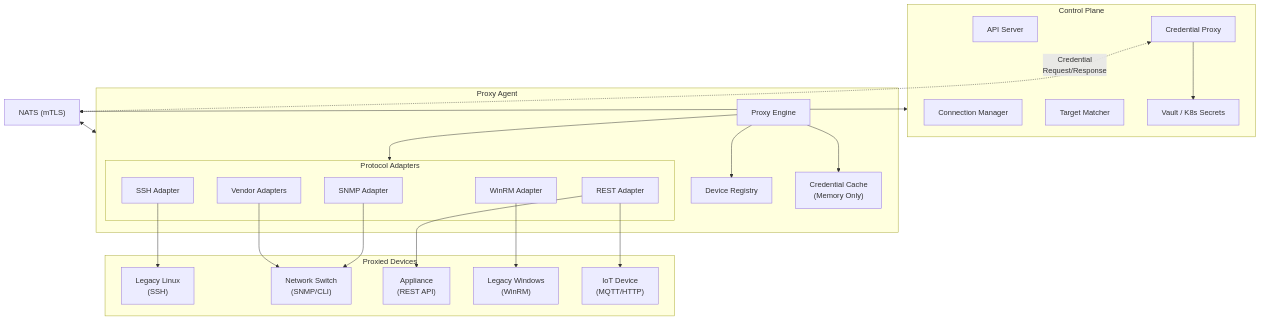
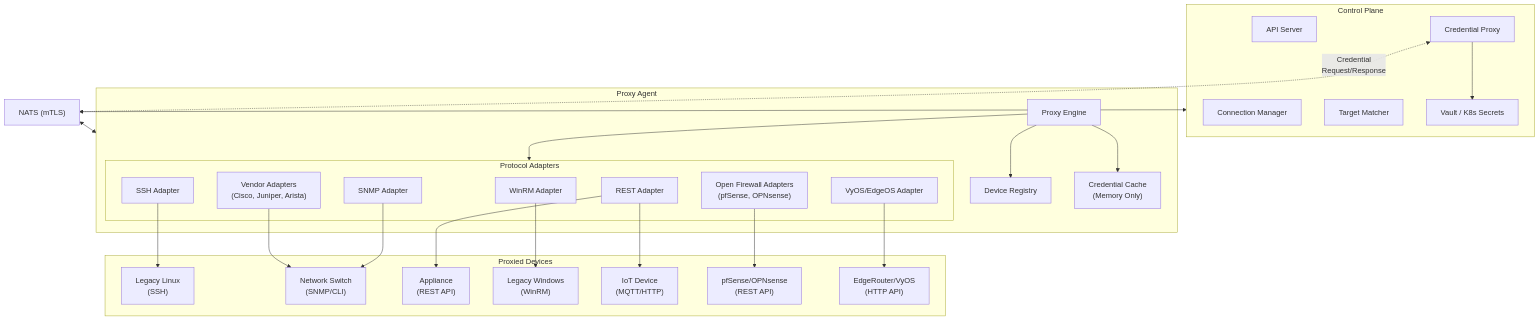
Before and after one commit to Spicer-Creek-Solutions-LLC/keystone-core: the first of 2 diagrams in epics/21-proxy-agents.md, drawn with Mermaid. The commit also changed other lines of this file, not shown here.

Commit message:
Add Ubiquiti/VyOS and pfSense/OPNsense adapters to Epic 21

````diff
--- a/epics/21-proxy-agents.md
+++ b/epics/21-proxy-agents.md
@@ -28,51 +30,57 @@
 ```mermaid
 flowchart TD
     subgraph CP["Control Plane"]
         API["API Server"]
         CM["Connection Manager"]
         TM["Target Matcher"]
         CProxy["Credential Proxy"]
         Vault["Vault / K8s Secrets"]
 
         CProxy --> Vault
     end
 
     subgraph PA["Proxy Agent"]
         PE["Proxy Engine"]
         DR["Device Registry"]
         CC["Credential Cache<br/>(Memory Only)"]
 
         subgraph Adapters["Protocol Adapters"]
             SSH["SSH Adapter"]
             SNMP["SNMP Adapter"]
             REST["REST Adapter"]
             WinRM["WinRM Adapter"]
-            Vendor["Vendor Adapters"]
+            Vendor["Vendor Adapters<br/>(Cisco, Juniper, Arista)"]
+            OpenFW["Open Firewall Adapters<br/>(pfSense, OPNsense)"]
+            VyOS["VyOS/EdgeOS Adapter"]
         end
 
         PE --> DR
         PE --> CC
         PE --> Adapters
     end
 
     subgraph Devices["Proxied Devices"]
         Legacy["Legacy Linux<br/>(SSH)"]
         Network["Network Switch<br/>(SNMP/CLI)"]
         Appliance["Appliance<br/>(REST API)"]
         OldWin["Legacy Windows<br/>(WinRM)"]
         IoT["IoT Device<br/>(MQTT/HTTP)"]
+        Firewall["pfSense/OPNsense<br/>(REST API)"]
+        EdgeRouter["EdgeRouter/VyOS<br/>(HTTP API)"]
     end
 
     NATS["NATS (mTLS)"]
 
     CP <--> NATS
     NATS <--> PA
     CProxy <-.->|"Credential<br/>Request/Response"| NATS
 
     SSH --> Legacy
     SNMP --> Network
     Vendor --> Network
     REST --> Appliance
     WinRM --> OldWin
     REST --> IoT
+    OpenFW --> Firewall
+    VyOS --> EdgeRouter
 ```
````
